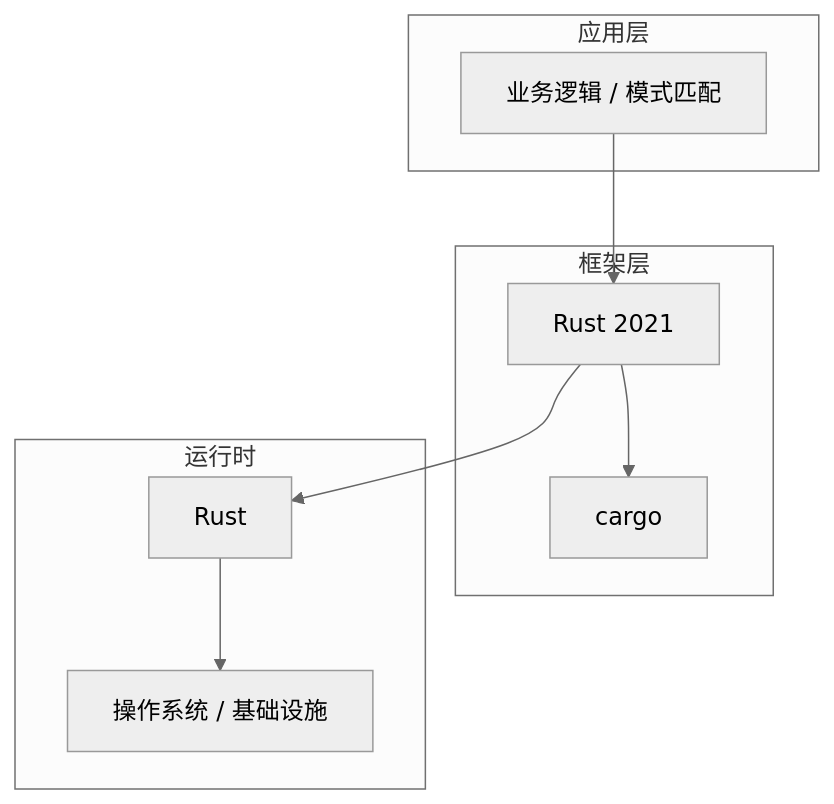
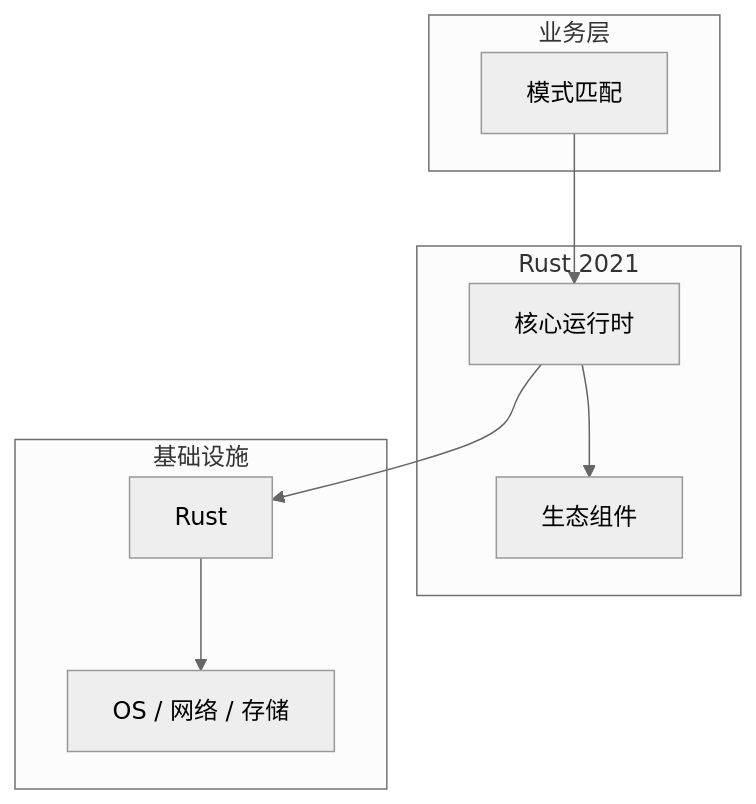
Before and after one commit to yanggan2015/knowledge-json-v2: the diagram in articles/Rust语言/chapters/035-模式匹配核心概念与原理.md, drawn with Mermaid (neutral theme). The commit also changed other lines of this file and 10127 other files, not shown here.

````diff
--- a/articles/Rust语言/chapters/035-模式匹配核心概念与原理.md
+++ b/articles/Rust语言/chapters/035-模式匹配核心概念与原理.md
@@ -45,18 +34,18 @@
 ```mermaid
 graph TB
-    subgraph 应用层
-        A[业务逻辑 / 模式匹配]
+    subgraph 业务层
+        A[模式匹配]
     end
-    subgraph 框架层
-        B[Rust 2021]
-        C[cargo]
+    subgraph Rust 2021
+        B[核心运行时]
+        C[生态组件]
     end
-    subgraph 运行时
+    subgraph 基础设施
         D[Rust]
-        E[操作系统 / 基础设施]
+        E[OS / 网络 / 存储]
     end
     A --> B
     B --> C
     B --> D
     D --> E
 ```
````
